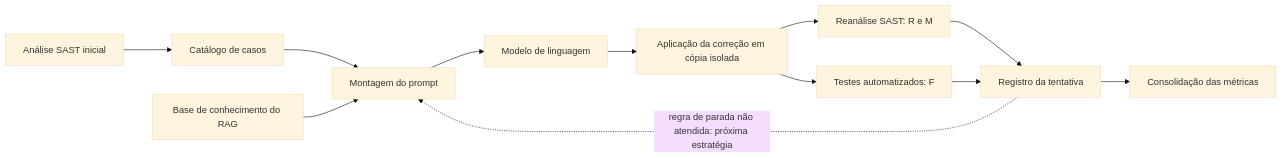
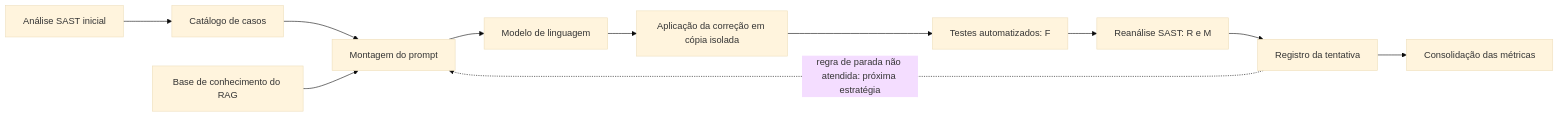
The first of 2 diagrams in manuscrito/04-implementacao.md (MatheussBrant/TCC2---Escrita), drawn with Mermaid (base theme) before and after one commit. The commit also changed other lines of this file and 3 other files, not shown here.

````diff
--- a/manuscrito/04-implementacao.md
+++ b/manuscrito/04-implementacao.md
@@ -15,14 +15,13 @@
 ```mermaid
 flowchart LR
     A[Análise SAST inicial] --> B[Catálogo de casos]
     B --> D[Montagem do prompt]
     C[Base de conhecimento do RAG] --> D
     D --> E[Modelo de linguagem]
     E --> F[Aplicação da correção em cópia isolada]
-    F --> G[Reanálise SAST: R e M]
     F --> H[Testes automatizados: F]
+    H --> G[Reanálise SAST: R e M]
     G --> I[Registro da tentativa]
-    H --> I
     I --> J[Consolidação das métricas]
     I -. regra de parada não atendida: próxima estratégia .-> D
 ```
````
